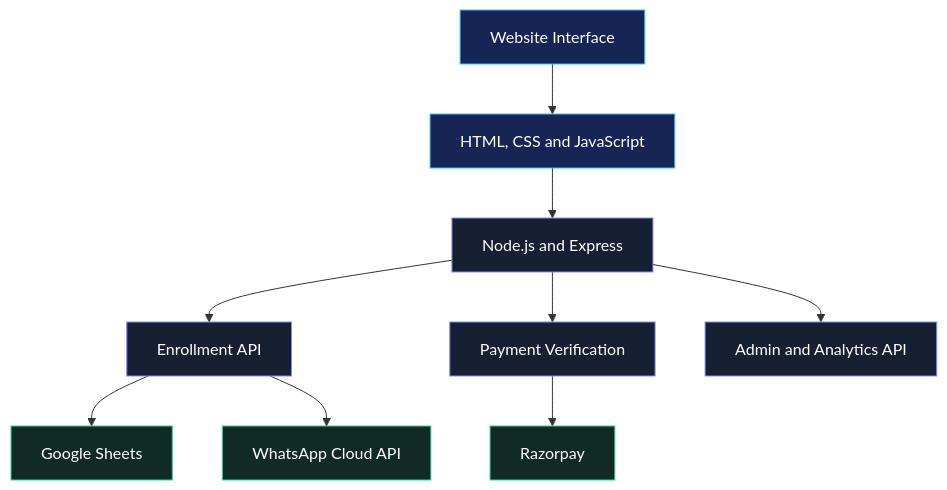
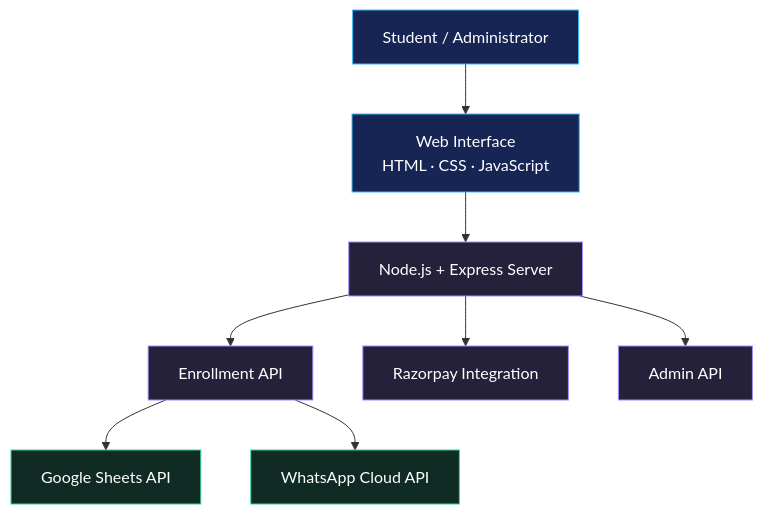
The diagram in README.md (maahii-in/Xenz-Technologies), drawn with Mermaid before and after one commit. The commit also changed other lines of this file, not shown here.

````diff
--- a/README.md
+++ b/README.md
@@ -109,29 +89,27 @@
 ```mermaid
-flowchart TB
-    A[Website Interface]
-    B[HTML, CSS and JavaScript]
-    C[Node.js and Express]
-    D[Enrollment API]
-    E[Payment Verification]
-    F[Admin and Analytics API]
-    G[Razorpay]
-    H[Google Sheets]
-    I[WhatsApp Cloud API]
+flowchart TD
+    A["Student / Administrator"]
+    B["Web Interface<br/>HTML · CSS · JavaScript"]
+    C["Node.js + Express Server"]
+    D["Enrollment API"]
+    E["Razorpay Integration"]
+    F["Admin API"]
+    G["Google Sheets API"]
+    H["WhatsApp Cloud API"]
 
     A --> B
     B --> C
     C --> D
     C --> E
     C --> F
-    E --> G
+    D --> G
     D --> H
-    D --> I
 
-    classDef frontend fill:#172554,stroke:#38BDF8,color:#FFFFFF
-    classDef backend fill:#172033,stroke:#818CF8,color:#FFFFFF
-    classDef service fill:#102A24,stroke:#34D399,color:#FFFFFF
+    classDef client fill:#172554,stroke:#38BDF8,color:#FFFFFF
+    classDef server fill:#25213B,stroke:#A78BFA,color:#FFFFFF
+    classDef external fill:#102A24,stroke:#34D399,color:#FFFFFF
 
-    class A,B frontend
-    class C,D,E,F backend
-    class G,H,I service
+    class A,B client
+    class C,D,E,F server
+    class G,H external
 ```
````
